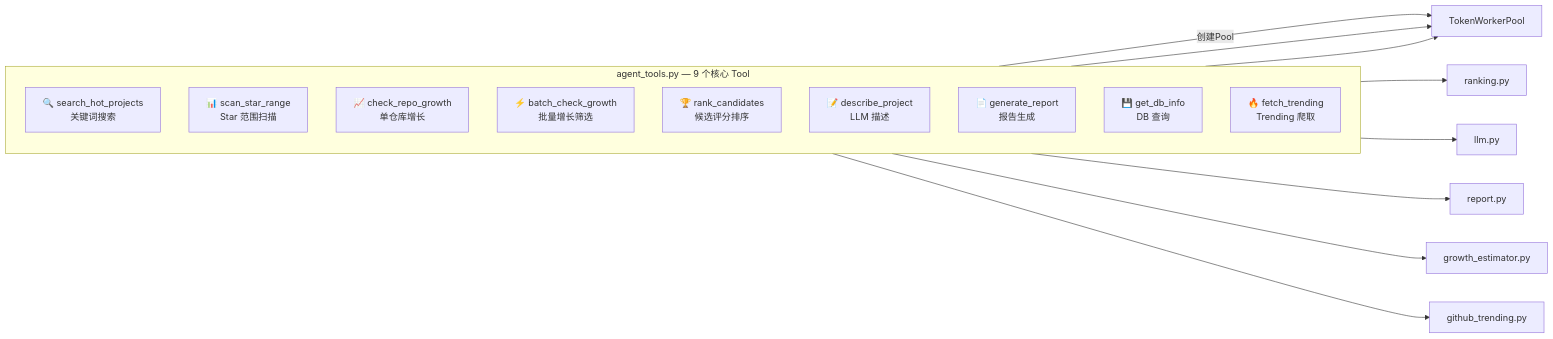
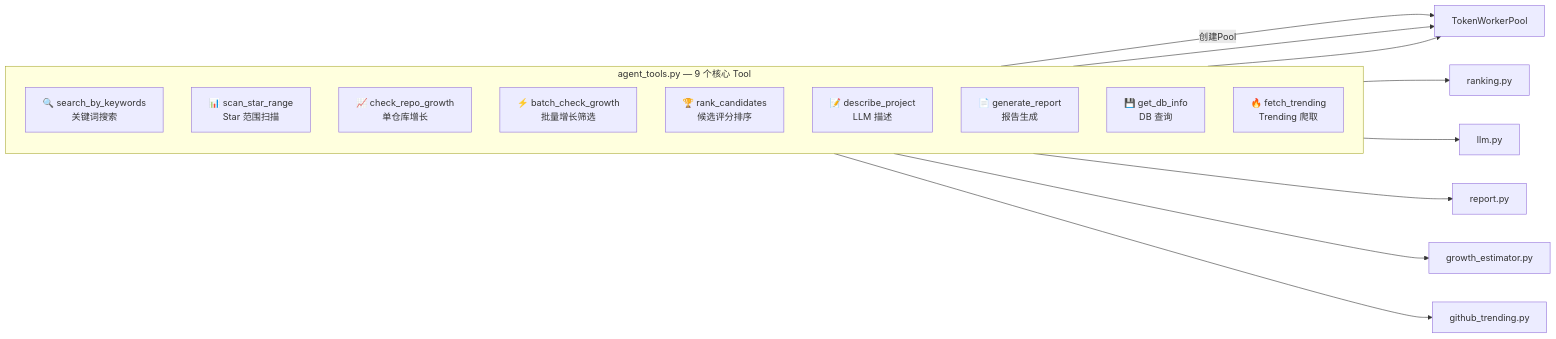
The second of 7 diagrams in github_hot_projects/docs/design.md (bachelor-dou/Agent-skils), drawn with Mermaid before and after one commit. The commit also changed other lines of this file and 23 other files, not shown here.

````diff
--- a/github_hot_projects/docs/design.md
+++ b/github_hot_projects/docs/design.md
@@ -121,24 +121,24 @@
 ```mermaid
 graph LR
     subgraph TOOLS["agent_tools.py — 9 个核心 Tool"]
         direction TB
-        T1["🔍 search_hot_projects<br/>关键词搜索"]
+        T1["🔍 search_by_keywords<br/>关键词搜索"]
         T2["📊 scan_star_range<br/>Star 范围扫描"]
         T3["📈 check_repo_growth<br/>单仓库增长"]
         T4["⚡ batch_check_growth<br/>批量增长筛选"]
         T5["🏆 rank_candidates<br/>候选评分排序"]
         T6["📝 describe_project<br/>LLM 描述"]
         T7["📄 generate_report<br/>报告生成"]
         T8["💾 get_db_info<br/>DB 查询"]
         T9["🔥 fetch_trending<br/>Trending 爬取"]
     end
 
     T1 --> |"创建Pool"| POOL["TokenWorkerPool"]
     T2 --> POOL
     T4 --> POOL
     T5 --> SCORER["ranking.py"]
     T6 --> LLM["llm.py"]
     T7 --> RPT["report.py"]
     T3 --> GE["growth_estimator.py"]
     T9 --> GT["github_trending.py"]
 ```
````
